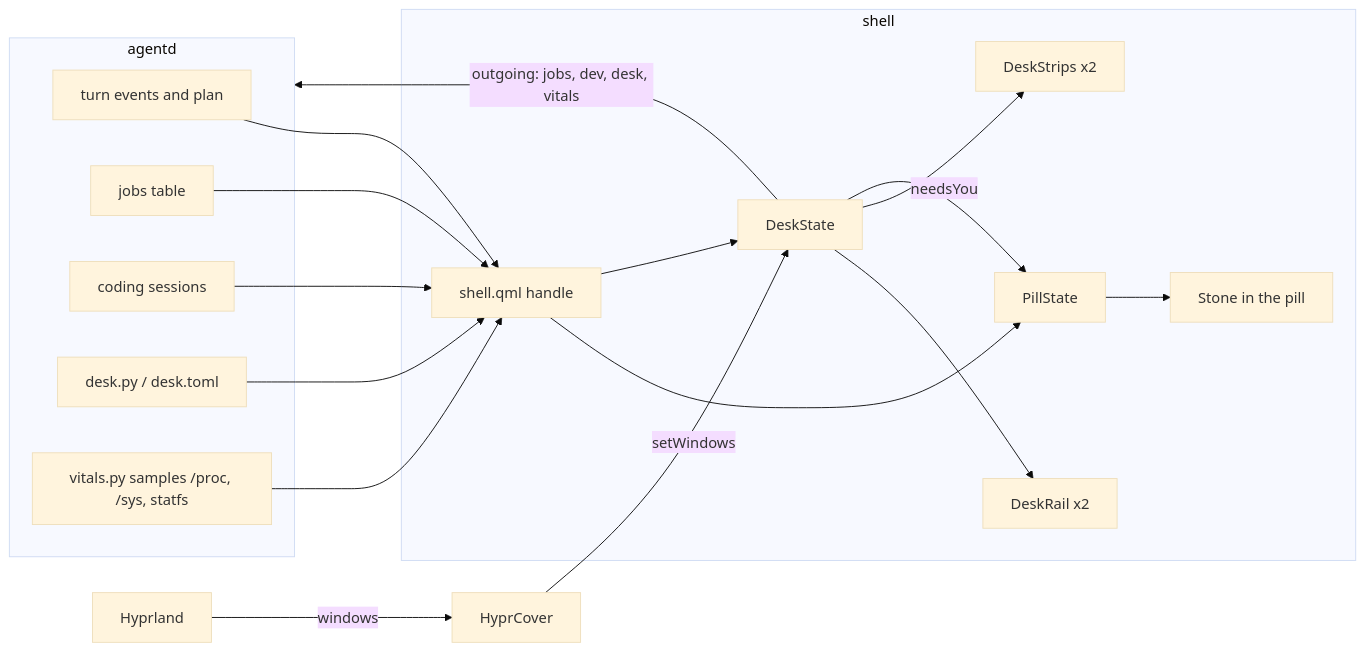
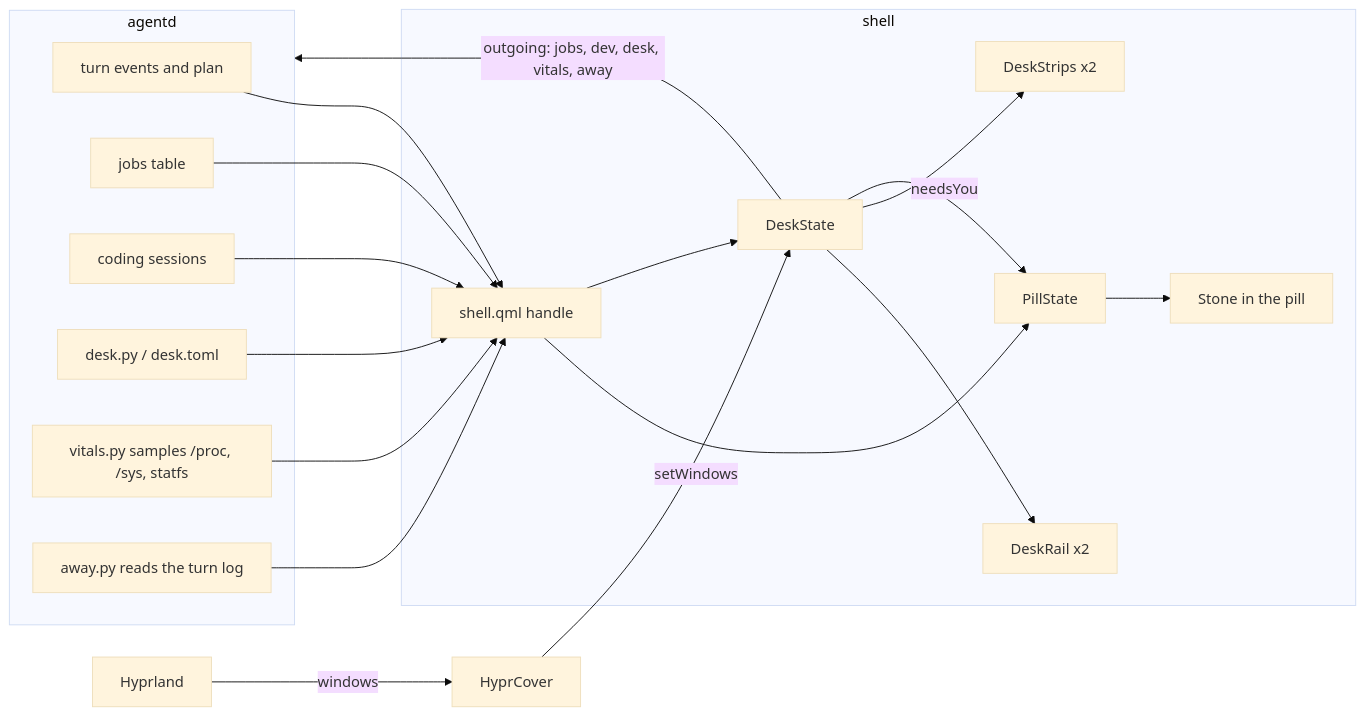
One commit to thedefaultman/Bombadil changed the first of 3 diagrams in docs/DESK.md. Above: the diagram before and after it, drawn with Mermaid (base theme). The commit also changed other lines of this file and 8 other files, not shown here.

````diff
--- a/docs/DESK.md
+++ b/docs/DESK.md
@@ -26,26 +26,27 @@
 ```mermaid
 flowchart LR
     subgraph agentd
         A[turn events and plan]
         J[jobs table]
         D[coding sessions]
         K[desk.py / desk.toml]
         V[vitals.py samples /proc, /sys, statfs]
+        W[away.py reads the turn log]
     end
     subgraph shell
         S[shell.qml handle]
         P[PillState]
         DS[DeskState]
         R[DeskRail x2]
         T[DeskStrips x2]
         ST[Stone in the pill]
     end
     H[Hyprland] -- windows --> C[HyprCover] -- setWindows --> DS
-    A & J & D & K & V --> S
+    A & J & D & K & V & W --> S
     S --> P
     S --> DS
     DS --> R
     DS --> T
     DS -- needsYou --> P --> ST
-    DS -- outgoing: jobs, dev, desk, vitals --> agentd
+    DS -- outgoing: jobs, dev, desk, vitals, away --> agentd
 ```
````
